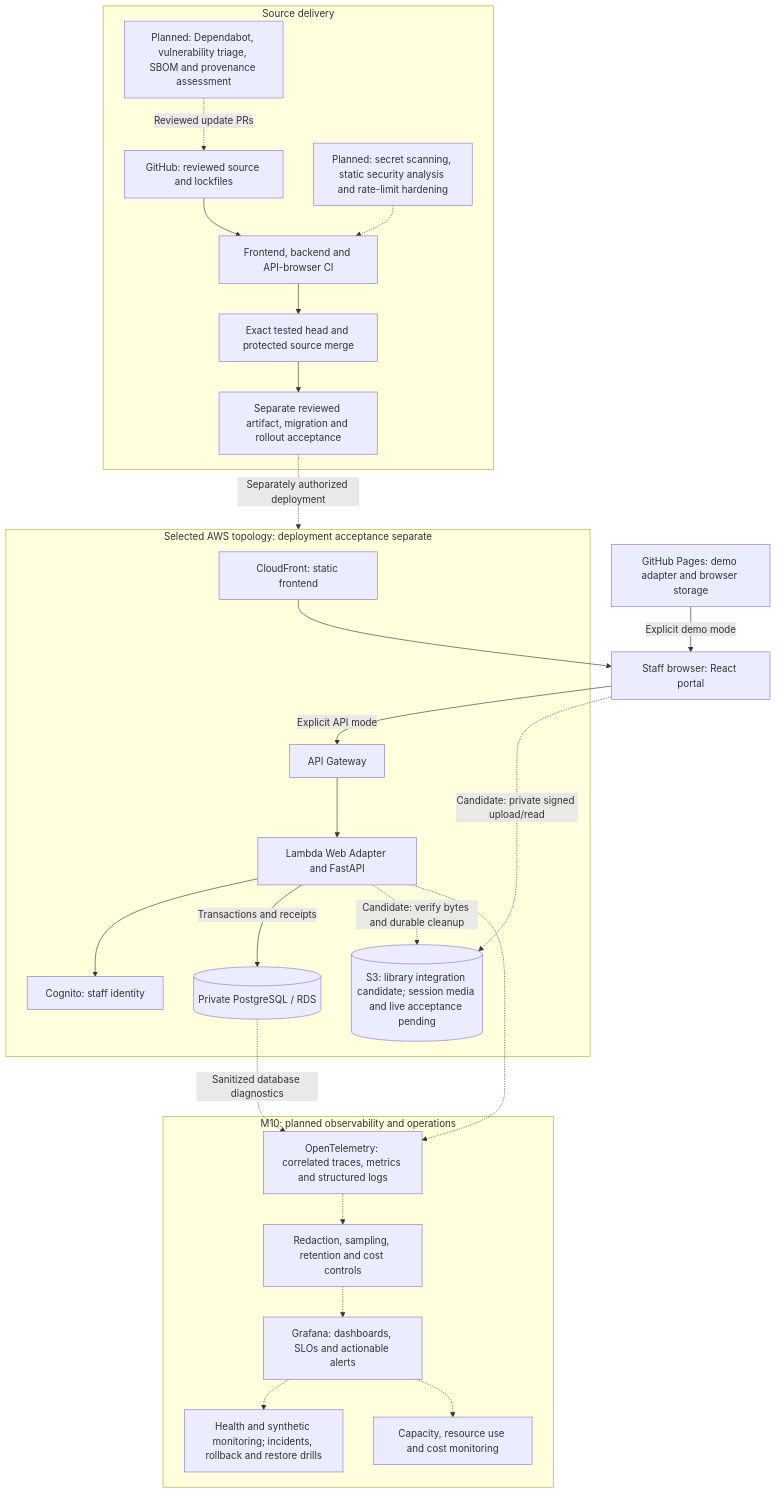
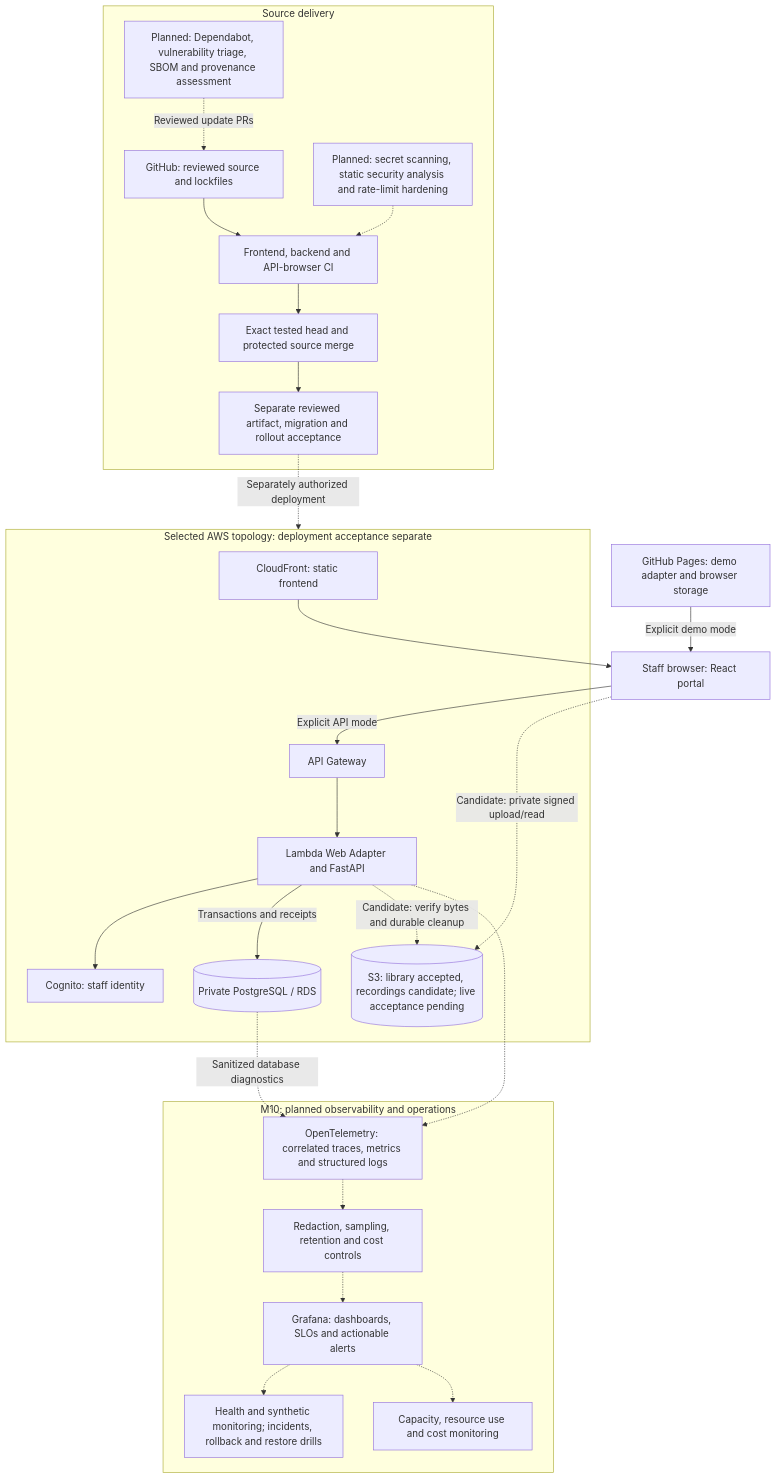
One commit to LimYouSheng/FitfinityReact changed the first of 3 diagrams in docs/Architecture/diagram.md. Above: the diagram before and after it, drawn with Mermaid. The commit also changed other lines of this file and 45 other files, not shown here.

````diff
--- a/docs/Architecture/diagram.md
+++ b/docs/Architecture/diagram.md
@@ -9,45 +9,45 @@
 ```mermaid
 flowchart TB
   Staff["Staff browser: React portal"]
   Pages["GitHub Pages: demo adapter and browser storage"]
   subgraph AWS["Selected AWS topology: deployment acceptance separate"]
     Assets["CloudFront: static frontend"]
     Gateway["API Gateway"]
     App["Lambda Web Adapter and FastAPI"]
     Identity["Cognito: staff identity"]
     DB[("Private PostgreSQL / RDS")]
-    Media[("S3: library integration candidate; session media and live acceptance pending")]
+    Media[("S3: library accepted, recordings candidate; live acceptance pending")]
   end
   subgraph Delivery["Source delivery"]
     Repo["GitHub: reviewed source and lockfiles"]
     CI["Frontend, backend and API-browser CI"]
     Merge["Exact tested head and protected source merge"]
     Release["Separate reviewed artifact, migration and rollout acceptance"]
     Supply["Planned: Dependabot, vulnerability triage, SBOM and provenance assessment"]
     Security["Planned: secret scanning, static security analysis and rate-limit hardening"]
   end
   subgraph Operations["M10: planned observability and operations"]
     OTel["OpenTelemetry: correlated traces, metrics and structured logs"]
     Privacy["Redaction, sampling, retention and cost controls"]
     Grafana["Grafana: dashboards, SLOs and actionable alerts"]
     Ops["Health and synthetic monitoring; incidents, rollback and restore drills"]
     Capacity["Capacity, resource use and cost monitoring"]
   end
   Assets --> Staff
   Pages -->|"Explicit demo mode"| Staff
   Staff -->|"Explicit API mode"| Gateway
   Gateway --> App
   App --> Identity
   App -->|"Transactions and receipts"| DB
   Staff -.->|"Candidate: private signed upload/read"| Media
   App -.->|"Candidate: verify bytes and durable cleanup"| Media
   Repo --> CI --> Merge --> Release
   Release -.->|"Separately authorized deployment"| AWS
   Supply -.->|"Reviewed update PRs"| Repo
   Security -.-> CI
   App -.-> OTel
   DB -.->|"Sanitized database diagnostics"| OTel
   OTel -.-> Privacy -.-> Grafana
   Grafana -.-> Ops
   Grafana -.-> Capacity
 ```
````
